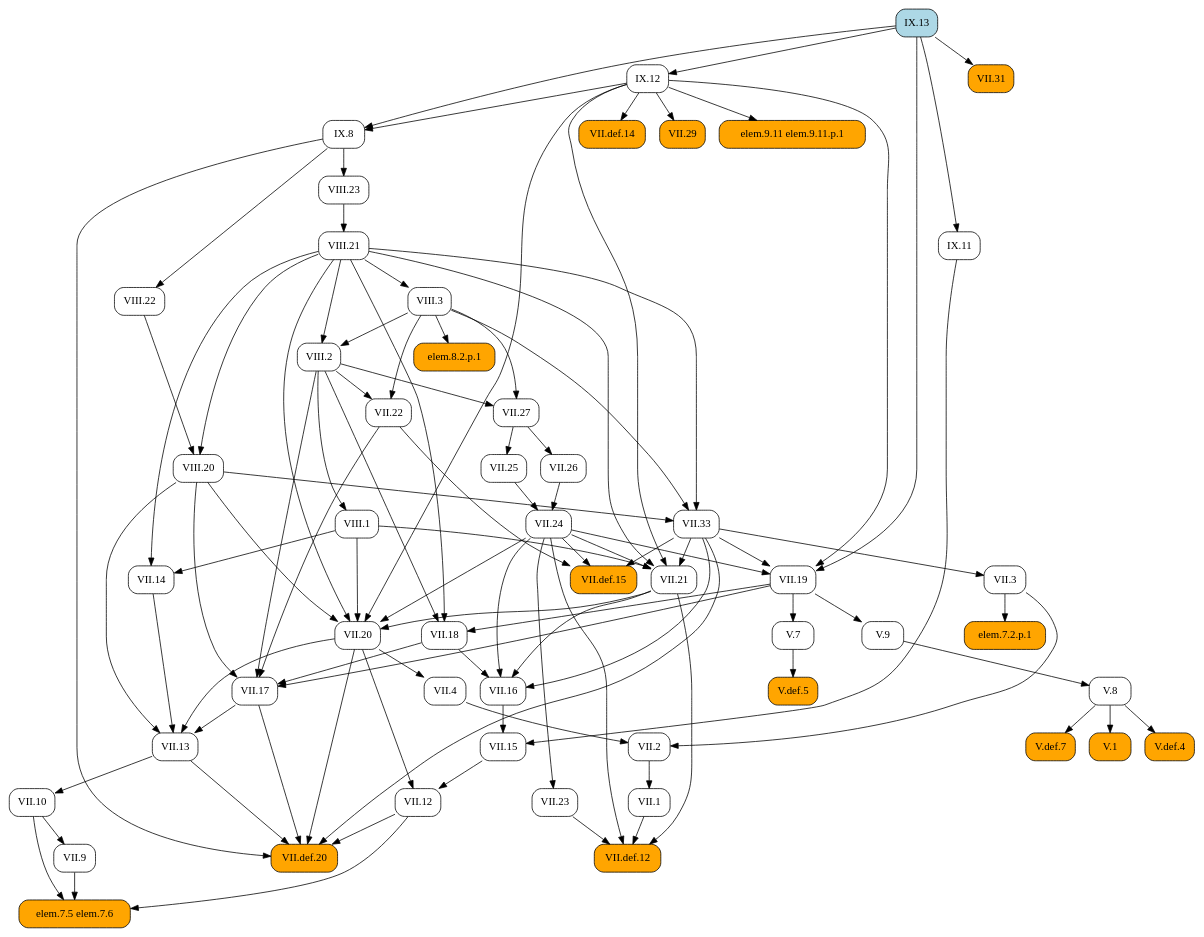
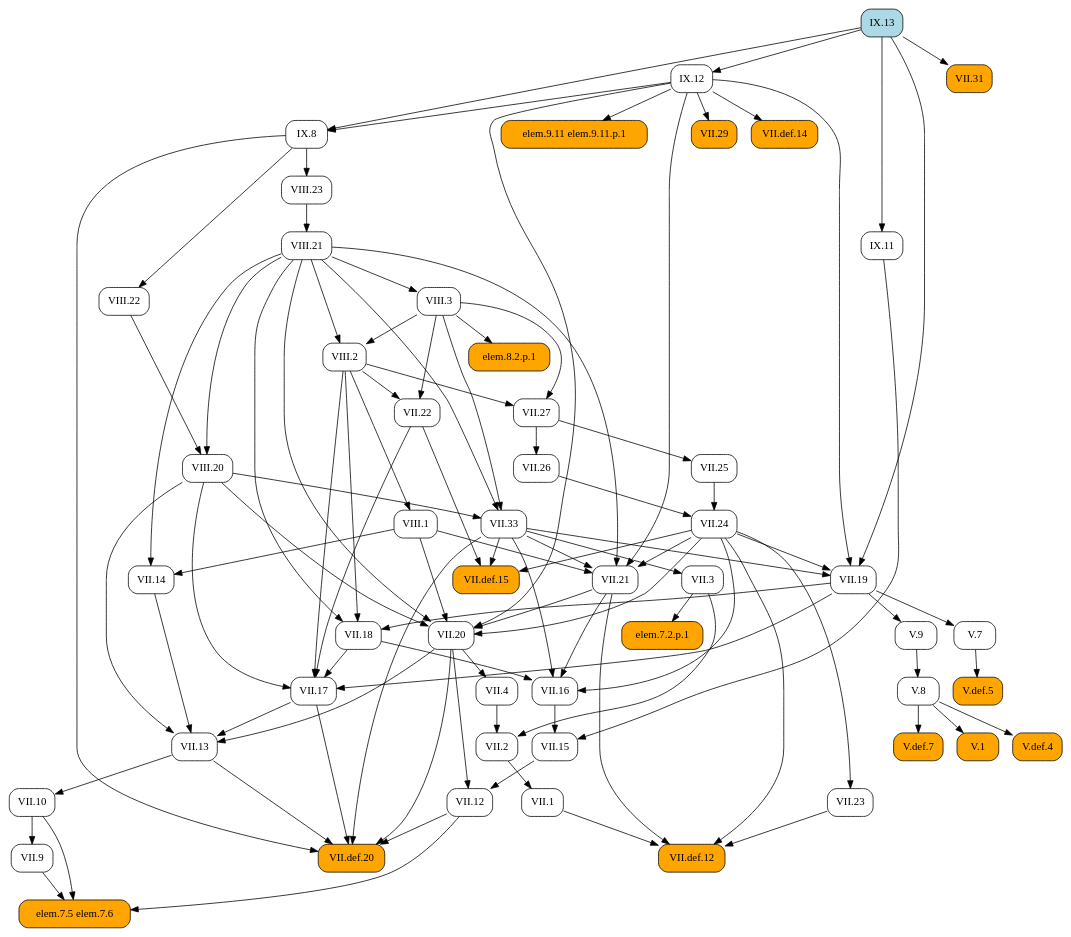
One commit to geometor/elements changed the diagram in docsrc/heath/IX/13/index.rst. Above: the diagram before and after it, drawn with Graphviz. The commit also changed other lines of this file and 1029 other files, not shown here.

```diff
--- a/docsrc/heath/IX/13/index.rst
+++ b/docsrc/heath/IX/13/index.rst
@@ -102,153 +102,153 @@
    digraph {
      rankdir="TB";
      node [shape=box, style=rounded];
+     "VII.1" [URL="/heath/VII/1/", target="_top"];
+     "VII.9" [URL="/heath/VII/9/", target="_top"];
+     "V.def.5" [style="rounded,filled", fillcolor=orange, URL="/heath/V/def.5/", target="_top"];
+     "IX.13" [style="rounded,filled", fillcolor=lightblue, URL="/heath/IX/13/", target="_top"];
+     "VII.29" [style="rounded,filled", fillcolor=orange, URL="/heath/VII/29/", target="_top"];
+     "VIII.23" [URL="/heath/VIII/23/", target="_top"];
+     "IX.12" [URL="/heath/IX/12/", target="_top"];
+     "IX.11" [URL="/heath/IX/11/", target="_top"];
+     "VII.17" [URL="/heath/VII/17/", target="_top"];
+     "VII.3" [URL="/heath/VII/3/", target="_top"];
+     "elem.7.5 elem.7.6" [style="rounded,filled", fillcolor=orange];
+     "VIII.21" [URL="/heath/VIII/21/", target="_top"];
+     "V.7" [URL="/heath/V/7/", target="_top"];
+     "V.9" [URL="/heath/V/9/", target="_top"];
+     "VII.13" [URL="/heath/VII/13/", target="_top"];
+     "VII.2" [URL="/heath/VII/2/", target="_top"];
+     "VIII.1" [URL="/heath/VIII/1/", target="_top"];
+     "VIII.2" [URL="/heath/VIII/2/", target="_top"];
+     "VII.12" [URL="/heath/VII/12/", target="_top"];
+     "IX.8" [URL="/heath/IX/8/", target="_top"];
+     "VII.24" [URL="/heath/VII/24/", target="_top"];
+     "VII.def.14" [style="rounded,filled", fillcolor=orange, URL="/heath/VII/def.14/", target="_top"];
+     "VII.def.12" [style="rounded,filled", fillcolor=orange, URL="/heath/VII/def.12/", target="_top"];
+     "V.8" [URL="/heath/V/8/", target="_top"];
+     "VII.33" [URL="/heath/VII/33/", target="_top"];
+     "VIII.22" [URL="/heath/VIII/22/", target="_top"];
+     "elem.7.2.p.1" [style="rounded,filled", fillcolor=orange];
+     "elem.9.11 elem.9.11.p.1" [style="rounded,filled", fillcolor=orange];
+     "VII.10" [URL="/heath/VII/10/", target="_top"];
+     "VII.def.15" [style="rounded,filled", fillcolor=orange, URL="/heath/VII/def.15/", target="_top"];
+     "VII.19" [URL="/heath/VII/19/", target="_top"];
+     "VII.18" [URL="/heath/VII/18/", target="_top"];
+     "VII.16" [URL="/heath/VII/16/", target="_top"];
+     "VII.26" [URL="/heath/VII/26/", target="_top"];
+     "VII.4" [URL="/heath/VII/4/", target="_top"];
+     "VII.25" [URL="/heath/VII/25/", target="_top"];
+     "VII.21" [URL="/heath/VII/21/", target="_top"];
      "V.1" [style="rounded,filled", fillcolor=orange, URL="/heath/V/1/", target="_top"];
-     "IX.8" [URL="/heath/IX/8/", target="_top"];
-     "VII.29" [style="rounded,filled", fillcolor=orange, URL="/heath/VII/29/", target="_top"];
-     "VII.12" [URL="/heath/VII/12/", target="_top"];
-     "VIII.21" [URL="/heath/VIII/21/", target="_top"];
-     "IX.13" [style="rounded,filled", fillcolor=lightblue, URL="/heath/IX/13/", target="_top"];
-     "VII.16" [URL="/heath/VII/16/", target="_top"];
-     "VII.13" [URL="/heath/VII/13/", target="_top"];
+     "VII.20" [URL="/heath/VII/20/", target="_top"];
      "VII.14" [URL="/heath/VII/14/", target="_top"];
+     "VII.27" [URL="/heath/VII/27/", target="_top"];
+     "VIII.3" [URL="/heath/VIII/3/", target="_top"];
      "V.def.4" [style="rounded,filled", fillcolor=orange, URL="/heath/V/def.4/", target="_top"];
-     "VII.def.15" [style="rounded,filled", fillcolor=orange, URL="/heath/VII/def.15/", target="_top"];
-     "VII.18" [URL="/heath/VII/18/", target="_top"];
-     "V.8" [URL="/heath/V/8/", target="_top"];
-     "elem.9.11 elem.9.11.p.1" [style="rounded,filled", fillcolor=orange];
-     "VII.21" [URL="/heath/VII/21/", target="_top"];
+     "VII.31" [style="rounded,filled", fillcolor=orange, URL="/heath/VII/31/", target="_top"];
+     "VII.22" [URL="/heath/VII/22/", target="_top"];
      "VIII.20" [URL="/heath/VIII/20/", target="_top"];
-     "V.7" [URL="/heath/V/7/", target="_top"];
+     "V.def.7" [style="rounded,filled", fillcolor=orange, URL="/heath/V/def.7/", target="_top"];
+     "VII.23" [URL="/heath/VII/23/", target="_top"];
      "VII.15" [URL="/heath/VII/15/", target="_top"];
-     "VII.def.12" [style="rounded,filled", fillcolor=orange, URL="/heath/VII/def.12/", target="_top"];
-     "VII.2" [URL="/heath/VII/2/", target="_top"];
      "VII.def.20" [style="rounded,filled", fillcolor=orange, URL="/heath/VII/def.20/", target="_top"];
-     "elem.7.5 elem.7.6" [style="rounded,filled", fillcolor=orange];
-     "VII.3" [URL="/heath/VII/3/", target="_top"];
      "elem.8.2.p.1" [style="rounded,filled", fillcolor=orange];
-     "VII.10" [URL="/heath/VII/10/", target="_top"];
-     "VIII.23" [URL="/heath/VIII/23/", target="_top"];
-     "V.def.7" [style="rounded,filled", fillcolor=orange, URL="/heath/V/def.7/", target="_top"];
-     "VII.20" [URL="/heath/VII/20/", target="_top"];
-     "IX.12" [URL="/heath/IX/12/", target="_top"];
-     "VII.def.14" [style="rounded,filled", fillcolor=orange, URL="/heath/VII/def.14/", target="_top"];
-     "VII.9" [URL="/heath/VII/9/", target="_top"];
-     "VIII.1" [URL="/heath/VIII/1/", target="_top"];
-     "VII.25" [URL="/heath/VII/25/", target="_top"];
-     "VII.23" [URL="/heath/VII/23/", target="_top"];
-     "VII.27" [URL="/heath/VII/27/", target="_top"];
-     "VIII.2" [URL="/heath/VIII/2/", target="_top"];
-     "VII.24" [URL="/heath/VII/24/", target="_top"];
-     "VIII.3" [URL="/heath/VIII/3/", target="_top"];
-     "VII.19" [URL="/heath/VII/19/", target="_top"];
-     "VII.4" [URL="/heath/VII/4/", target="_top"];
-     "IX.11" [URL="/heath/IX/11/", target="_top"];
-     "VII.33" [URL="/heath/VII/33/", target="_top"];
-     "elem.7.2.p.1" [style="rounded,filled", fillcolor=orange];
-     "V.9" [URL="/heath/V/9/", target="_top"];
-     "VII.26" [URL="/heath/VII/26/", target="_top"];
-     "VIII.22" [URL="/heath/VIII/22/", target="_top"];
-     "VII.1" [URL="/heath/VII/1/", target="_top"];
-     "VII.22" [URL="/heath/VII/22/", target="_top"];
-     "VII.31" [style="rounded,filled", fillcolor=orange, URL="/heath/VII/31/", target="_top"];
-     "V.def.5" [style="rounded,filled", fillcolor=orange, URL="/heath/V/def.5/", target="_top"];
-     "VII.17" [URL="/heath/VII/17/", target="_top"];
-     "V.8" -> "V.1";
+     "VII.2" -> "VII.1";
+     "VII.10" -> "VII.9";
+     "V.7" -> "V.def.5";
+     "IX.12" -> "VII.29";
+     "IX.8" -> "VIII.23";
+     "IX.13" -> "IX.12";
+     "IX.13" -> "IX.11";
+     "VII.18" -> "VII.17";
+     "VII.19" -> "VII.17";
+     "VII.22" -> "VII.17";
+     "VIII.2" -> "VII.17";
+     "VIII.20" -> "VII.17";
+     "VII.33" -> "VII.3";
+     "VII.9" -> "elem.7.5 elem.7.6";
+     "VII.10" -> "elem.7.5 elem.7.6";
+     "VII.12" -> "elem.7.5 elem.7.6";
+     "VIII.23" -> "VIII.21";
+     "VII.19" -> "V.7";
+     "VII.19" -> "V.9";
+     "VII.14" -> "VII.13";
+     "VII.17" -> "VII.13";
+     "VII.20" -> "VII.13";
+     "VIII.20" -> "VII.13";
+     "VII.3" -> "VII.2";
+     "VII.4" -> "VII.2";
+     "VIII.2" -> "VIII.1";
+     "VIII.3" -> "VIII.2";
+     "VIII.21" -> "VIII.2";
+     "VII.15" -> "VII.12";
+     "VII.20" -> "VII.12";
      "IX.12" -> "IX.8";
      "IX.13" -> "IX.8";
-     "IX.12" -> "VII.29";
-     "VII.15" -> "VII.12";
-     "VII.20" -> "VII.12";
-     "VIII.23" -> "VIII.21";
+     "VII.25" -> "VII.24";
+     "VII.26" -> "VII.24";
+     "IX.12" -> "VII.def.14";
+     "VII.1" -> "VII.def.12";
+     "VII.21" -> "VII.def.12";
+     "VII.23" -> "VII.def.12";
+     "VII.24" -> "VII.def.12";
+     "V.9" -> "V.8";
+     "VIII.3" -> "VII.33";
+     "VIII.20" -> "VII.33";
+     "VIII.21" -> "VII.33";
+     "IX.8" -> "VIII.22";
+     "VII.3" -> "elem.7.2.p.1";
+     "IX.12" -> "elem.9.11 elem.9.11.p.1";
+     "VII.13" -> "VII.10";
+     "VII.22" -> "VII.def.15";
+     "VII.24" -> "VII.def.15";
+     "VII.33" -> "VII.def.15";
+     "VII.24" -> "VII.19";
+     "VII.33" -> "VII.19";
+     "IX.12" -> "VII.19";
+     "IX.13" -> "VII.19";
+     "VII.19" -> "VII.18";
+     "VIII.2" -> "VII.18";
+     "VIII.21" -> "VII.18";
      "VII.18" -> "VII.16";
      "VII.21" -> "VII.16";
      "VII.24" -> "VII.16";
      "VII.33" -> "VII.16";
-     "VII.14" -> "VII.13";
-     "VII.17" -> "VII.13";
-     "VII.20" -> "VII.13";
-     "VIII.20" -> "VII.13";
-     "VIII.1" -> "VII.14";
-     "VIII.21" -> "VII.14";
-     "V.8" -> "V.def.4";
-     "VII.22" -> "VII.def.15";
-     "VII.24" -> "VII.def.15";
-     "VII.33" -> "VII.def.15";
-     "VII.19" -> "VII.18";
-     "VIII.2" -> "VII.18";
-     "VIII.21" -> "VII.18";
-     "V.9" -> "V.8";
-     "IX.12" -> "elem.9.11 elem.9.11.p.1";
+     "VII.27" -> "VII.26";
+     "VII.20" -> "VII.4";
+     "VII.27" -> "VII.25";
      "VII.24" -> "VII.21";
      "VII.33" -> "VII.21";
      "VIII.1" -> "VII.21";
      "VIII.21" -> "VII.21";
      "IX.12" -> "VII.21";
+     "V.8" -> "V.1";
+     "VII.21" -> "VII.20";
+     "VII.24" -> "VII.20";
+     "VIII.1" -> "VII.20";
+     "VIII.20" -> "VII.20";
+     "VIII.21" -> "VII.20";
+     "IX.12" -> "VII.20";
+     "VIII.1" -> "VII.14";
+     "VIII.21" -> "VII.14";
+     "VIII.2" -> "VII.27";
+     "VIII.3" -> "VII.27";
+     "VIII.21" -> "VIII.3";
+     "V.8" -> "V.def.4";
+     "IX.13" -> "VII.31";
+     "VIII.2" -> "VII.22";
+     "VIII.3" -> "VII.22";
      "VIII.21" -> "VIII.20";
      "VIII.22" -> "VIII.20";
-     "VII.19" -> "V.7";
+     "V.8" -> "V.def.7";
+     "VII.24" -> "VII.23";
      "VII.16" -> "VII.15";
      "IX.11" -> "VII.15";
-     "VII.1" -> "VII.def.12";
-     "VII.21" -> "VII.def.12";
-     "VII.23" -> "VII.def.12";
-     "VII.24" -> "VII.def.12";
-     "VII.3" -> "VII.2";
-     "VII.4" -> "VII.2";
      "VII.12" -> "VII.def.20";
      "VII.13" -> "VII.def.20";
      "VII.17" -> "VII.def.20";
      "VII.20" -> "VII.def.20";
      "VII.33" -> "VII.def.20";
      "IX.8" -> "VII.def.20";
-     "VII.9" -> "elem.7.5 elem.7.6";
-     "VII.10" -> "elem.7.5 elem.7.6";
-     "VII.12" -> "elem.7.5 elem.7.6";
-     "VII.33" -> "VII.3";
      "VIII.3" -> "elem.8.2.p.1";
-     "VII.13" -> "VII.10";
-     "IX.8" -> "VIII.23";
-     "V.8" -> "V.def.7";
-     "VII.21" -> "VII.20";
-     "VII.24" -> "VII.20";
-     "VIII.1" -> "VII.20";
-     "VIII.20" -> "VII.20";
-     "VIII.21" -> "VII.20";
-     "IX.12" -> "VII.20";
-     "IX.13" -> "IX.12";
-     "IX.12" -> "VII.def.14";
-     "VII.10" -> "VII.9";
-     "VIII.2" -> "VIII.1";
-     "VII.27" -> "VII.25";
-     "VII.24" -> "VII.23";
-     "VIII.2" -> "VII.27";
-     "VIII.3" -> "VII.27";
-     "VIII.3" -> "VIII.2";
-     "VIII.21" -> "VIII.2";
-     "VII.25" -> "VII.24";
-     "VII.26" -> "VII.24";
-     "VIII.21" -> "VIII.3";
-     "VII.24" -> "VII.19";
-     "VII.33" -> "VII.19";
-     "IX.12" -> "VII.19";
-     "IX.13" -> "VII.19";
-     "VII.20" -> "VII.4";
-     "IX.13" -> "IX.11";
-     "VIII.3" -> "VII.33";
-     "VIII.20" -> "VII.33";
-     "VIII.21" -> "VII.33";
-     "VII.3" -> "elem.7.2.p.1";
-     "VII.19" -> "V.9";
-     "VII.27" -> "VII.26";
-     "IX.8" -> "VIII.22";
-     "VII.2" -> "VII.1";
-     "VIII.2" -> "VII.22";
-     "VIII.3" -> "VII.22";
-     "IX.13" -> "VII.31";
-     "V.7" -> "V.def.5";
-     "VII.18" -> "VII.17";
-     "VII.19" -> "VII.17";
-     "VII.22" -> "VII.17";
-     "VIII.2" -> "VII.17";
-     "VIII.20" -> "VII.17";
    }
```
